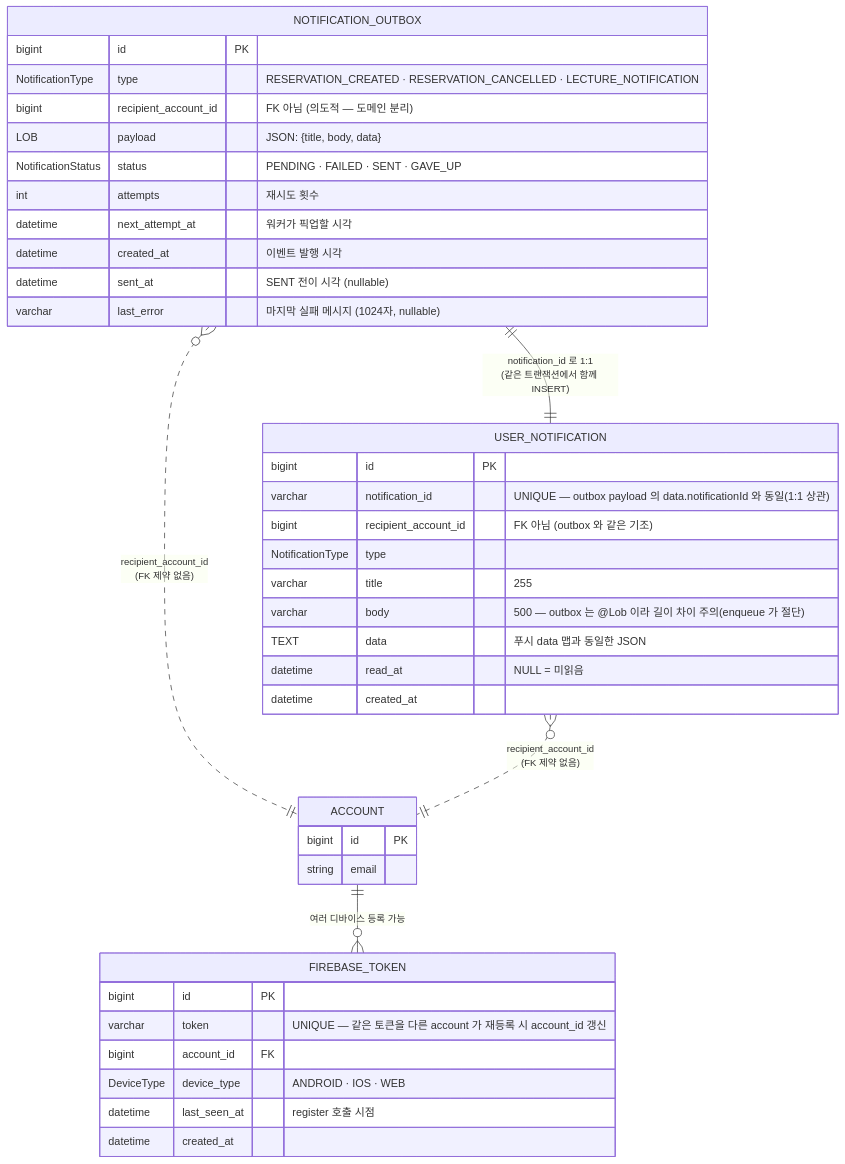
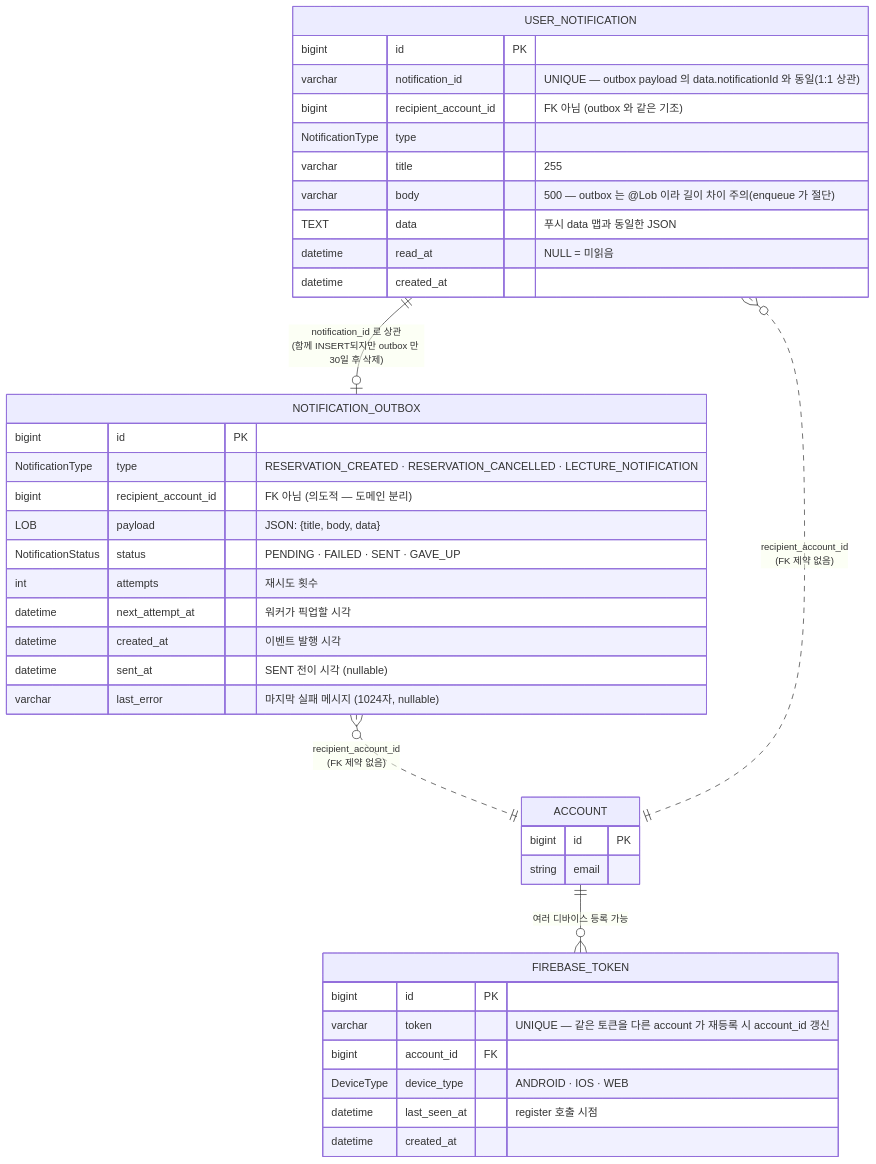
One commit to pungdong/Pungdong-Backend changed the sixth of 6 diagrams in docs/architecture/notification.md. Above: the diagram before and after it, drawn with Mermaid. The commit also changed other lines of this file and 2 other files, not shown here.

````diff
--- a/docs/architecture/notification.md
+++ b/docs/architecture/notification.md
@@ -207,44 +237,44 @@
 ```mermaid
 erDiagram
     NOTIFICATION_OUTBOX {
         bigint id PK
         NotificationType type "RESERVATION_CREATED · RESERVATION_CANCELLED · LECTURE_NOTIFICATION"
         bigint recipient_account_id "FK 아님 (의도적 — 도메인 분리)"
         LOB payload "JSON: {title, body, data}"
         NotificationStatus status "PENDING · FAILED · SENT · GAVE_UP"
         int attempts "재시도 횟수"
         datetime next_attempt_at "워커가 픽업할 시각"
         datetime created_at "이벤트 발행 시각"
         datetime sent_at "SENT 전이 시각 (nullable)"
         varchar last_error "마지막 실패 메시지 (1024자, nullable)"
     }
     FIREBASE_TOKEN {
         bigint id PK
         varchar token "UNIQUE — 같은 토큰을 다른 account 가 재등록 시 account_id 갱신"
         bigint account_id FK
         DeviceType device_type "ANDROID · IOS · WEB"
         datetime last_seen_at "register 호출 시점"
         datetime created_at
     }
     ACCOUNT {
         bigint id PK
         string email
     }
 
     USER_NOTIFICATION {
         bigint id PK
         varchar notification_id "UNIQUE — outbox payload 의 data.notificationId 와 동일(1:1 상관)"
         bigint recipient_account_id "FK 아님 (outbox 와 같은 기조)"
         NotificationType type
         varchar title "255"
         varchar body "500 — outbox 는 @Lob 이라 길이 차이 주의(enqueue 가 절단)"
         TEXT data "푸시 data 맵과 동일한 JSON"
         datetime read_at "NULL = 미읽음"
         datetime created_at
     }
 
     ACCOUNT ||--o{ FIREBASE_TOKEN : "여러 디바이스 등록 가능"
     NOTIFICATION_OUTBOX }o..|| ACCOUNT : "recipient_account_id<br/>(FK 제약 없음)"
     USER_NOTIFICATION }o..|| ACCOUNT : "recipient_account_id<br/>(FK 제약 없음)"
-    NOTIFICATION_OUTBOX ||--|| USER_NOTIFICATION : "notification_id 로 1:1<br/>(같은 트랜잭션에서 함께 INSERT)"
+    USER_NOTIFICATION ||--o| NOTIFICATION_OUTBOX : "notification_id 로 상관<br/>(함께 INSERT되지만 outbox 만 30일 후 삭제)"
 ```
````
